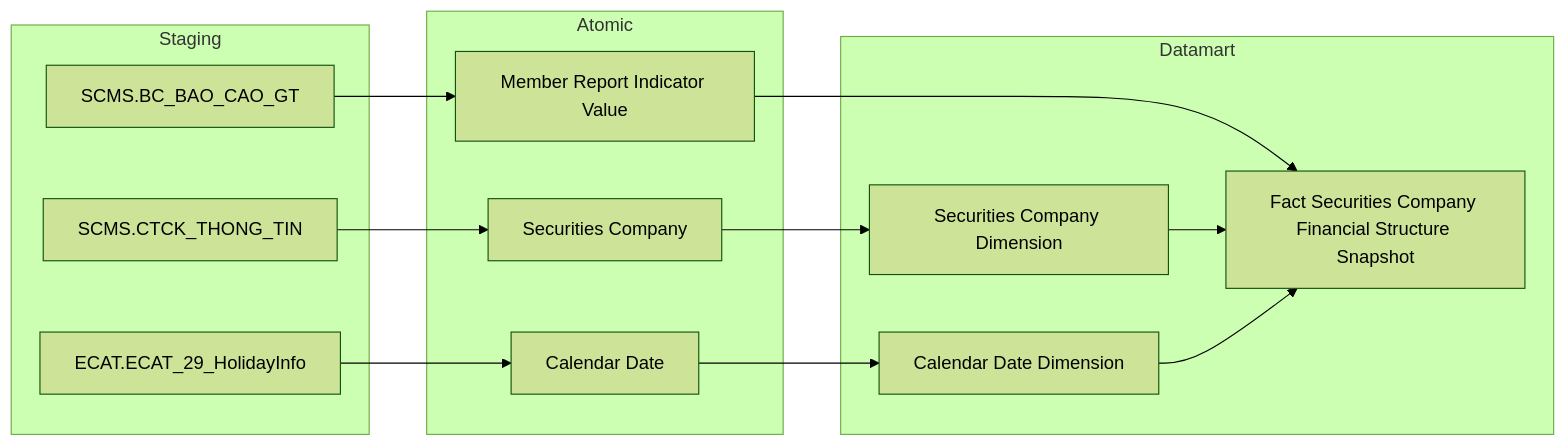
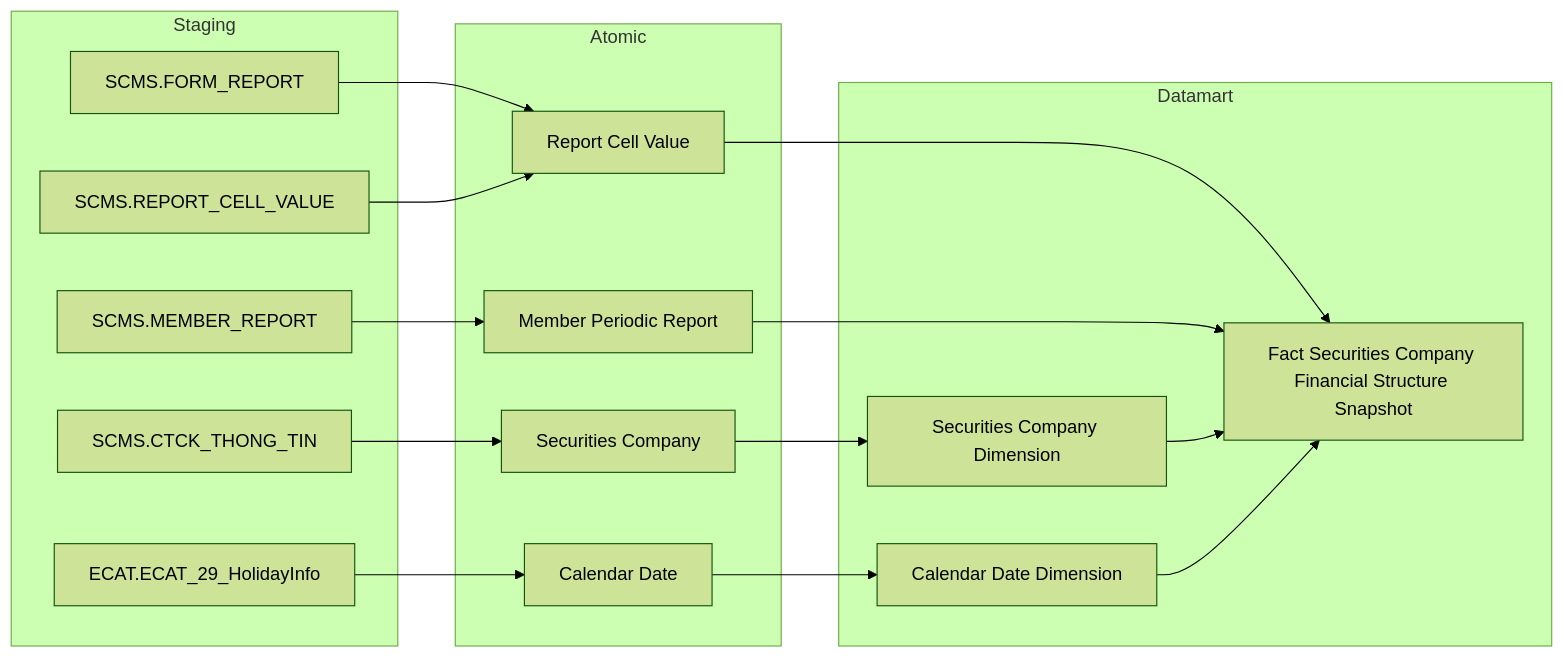
The eighth of 30 diagrams in Datamart/hld/DTM_QLKD_HLD.md (linhlvit/ubck_atomic_design), drawn with Mermaid (forest theme) before and after one commit. The commit also changed other lines of this file and 35 other files, not shown here.

````diff
--- a/Datamart/hld/DTM_QLKD_HLD.md
+++ b/Datamart/hld/DTM_QLKD_HLD.md
@@ -270,31 +314,37 @@
 ```mermaid
 flowchart LR
     subgraph SRC["Staging"]
-        S1["SCMS.BC_BAO_CAO_GT"]
-        S2["SCMS.CTCK_THONG_TIN"]
+        S1["SCMS.MEMBER_REPORT"]
+        S1b["SCMS.FORM_REPORT"]
+        S1c["SCMS.REPORT_CELL_VALUE"]
+        S3["SCMS.CTCK_THONG_TIN"]
         ECAT_ECAT_29_HolidayInfo["ECAT.ECAT_29_HolidayInfo"]
     end
 
     subgraph SIL["Atomic"]
-        SV1["Member Report Indicator Value"]
-        SV2["Securities Company"]
+        SV1["Report Cell Value"]
+        SV2["Member Periodic Report"]
+        SV3["Securities Company"]
         Calendar_Date["Calendar Date"]
     end
 
     subgraph Datamart["Datamart"]
         G1["Fact Securities Company Financial Structure Snapshot"]
         G2["Securities Company Dimension"]
         G3["Calendar Date Dimension"]
     end
 
-    S1 --> SV1
-    S2 --> SV2
+    S1 --> SV2
+    S1b --> SV1
+    S1c --> SV1
+    S3 --> SV3
     ECAT_ECAT_29_HolidayInfo --> Calendar_Date
 
     SV1 --> G1
-    SV2 --> G2
+    SV2 --> G1
+    SV3 --> G2
     Calendar_Date --> G3
 
     G2 --> G1
     G3 --> G1
 ```
````
